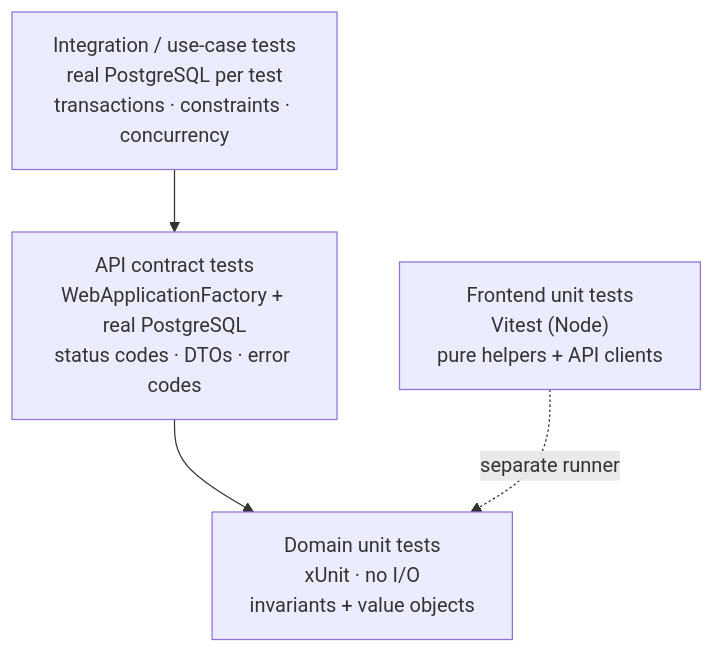
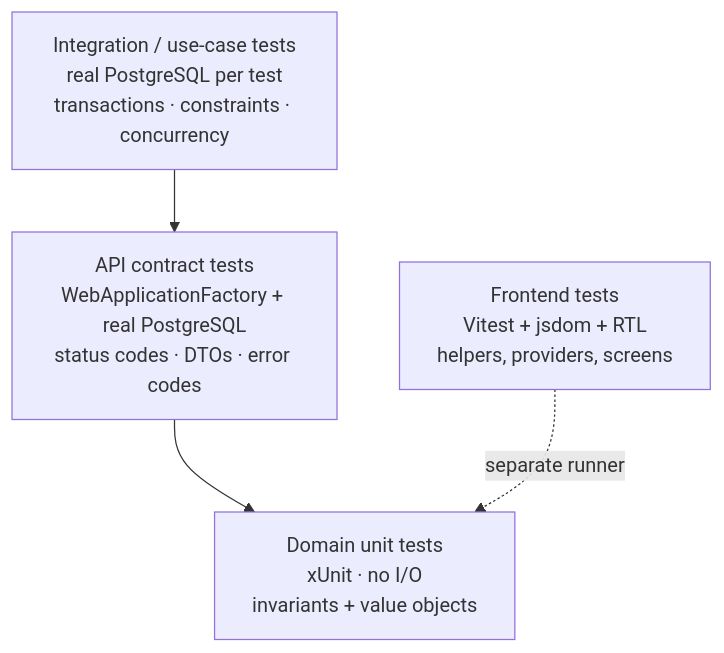
One commit to renanmoraisdasilva/forge_plm_engine changed the eighth of 9 diagrams in docs/ARCHITECTURE.md. Above: the diagram before and after it, drawn with Mermaid. The commit also changed other lines of this file and 16 other files, not shown here.

Commit message:
Add frontend component tests and document coverage

````diff
--- a/docs/ARCHITECTURE.md
+++ b/docs/ARCHITECTURE.md
@@ -593,11 +597,11 @@
 ```mermaid
 flowchart TB
     Unit["Domain unit tests<br/>xUnit · no I/O<br/>invariants + value objects"]
     Api["API contract tests<br/>WebApplicationFactory + real PostgreSQL<br/>status codes · DTOs · error codes"]
     Int["Integration / use-case tests<br/>real PostgreSQL per test<br/>transactions · constraints · concurrency"]
-    Fe["Frontend unit tests<br/>Vitest (Node)<br/>pure helpers + API clients"]
+    Fe["Frontend tests<br/>Vitest + jsdom + RTL<br/>helpers, providers, screens"]
 
     Int --> Api
     Api --> Unit
     Fe -.->|"separate runner"| Unit
 ```
````
